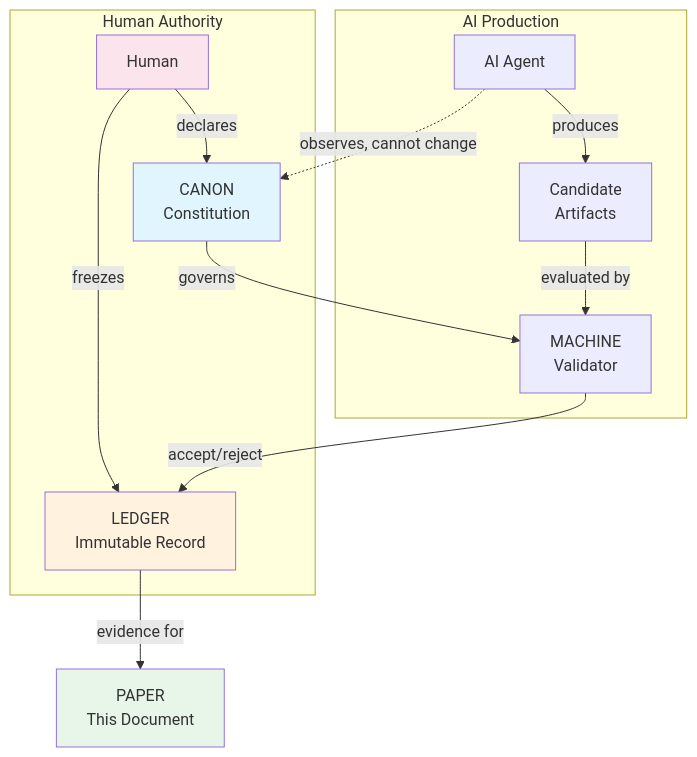
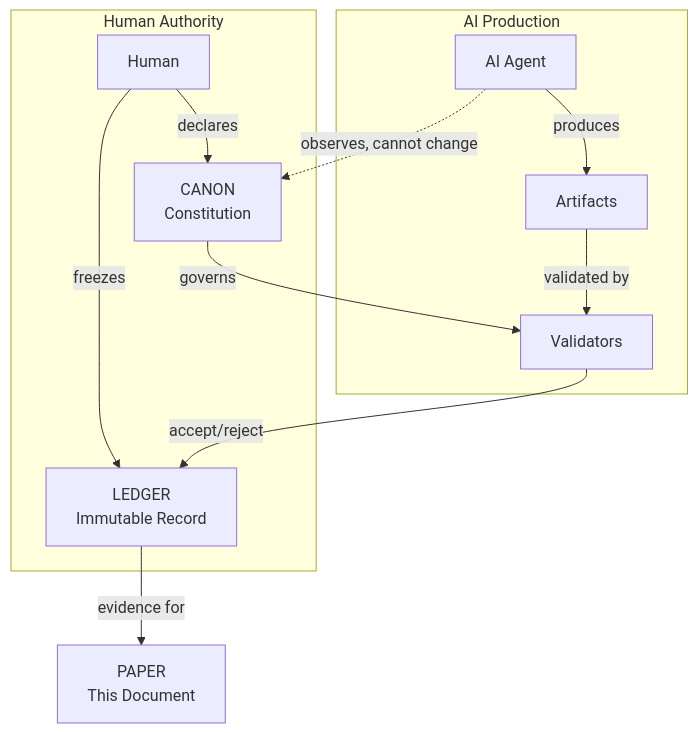
The second of 4 diagrams in manuscript.md (canonic-machine/paper), drawn with Mermaid before and after one commit. The commit also changed other lines of this file and 1 other file, not shown here.

First line of the commit message:
PAPER: axiom bloat remediation + manuscript v0.2 state

````diff
--- a/manuscript.md
+++ b/manuscript.md
@@ -111,23 +90,18 @@
 ```mermaid
 graph TD
     subgraph "Human Authority"
         H[Human] -->|declares| CANON[CANON<br/>Constitution]
         H -->|freezes| LEDGER[LEDGER<br/>Immutable Record]
     end
 
     subgraph "AI Production"
-        AI[AI Agent] -->|produces| CANDIDATES[Candidate<br/>Artifacts]
-        CANDIDATES -->|evaluated by| MACHINE[MACHINE<br/>Validator]
+        AI[AI Agent] -->|produces| ARTIFACTS[Artifacts]
+        ARTIFACTS -->|validated by| VALIDATORS[Validators]
     end
 
-    CANON -->|governs| MACHINE
-    MACHINE -->|accept/reject| LEDGER
+    CANON -->|governs| VALIDATORS
+    VALIDATORS -->|accept/reject| LEDGER
     LEDGER -->|evidence for| PAPER[PAPER<br/>This Document]
 
     AI -.->|observes, cannot change| CANON
-
-    style CANON fill:#e1f5fe
-    style LEDGER fill:#fff3e0
-    style PAPER fill:#e8f5e9
-    style H fill:#fce4ec
 ```
````
